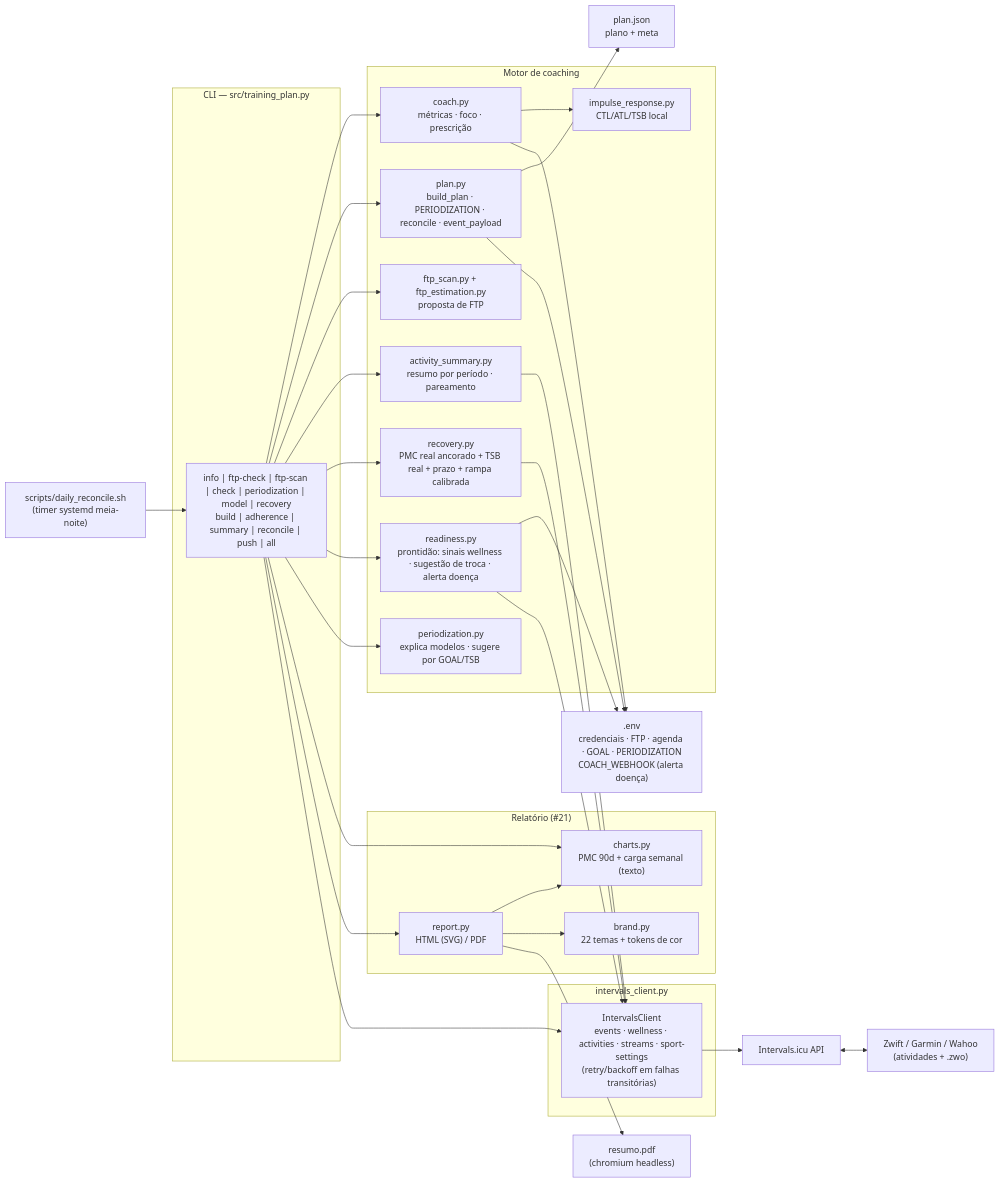
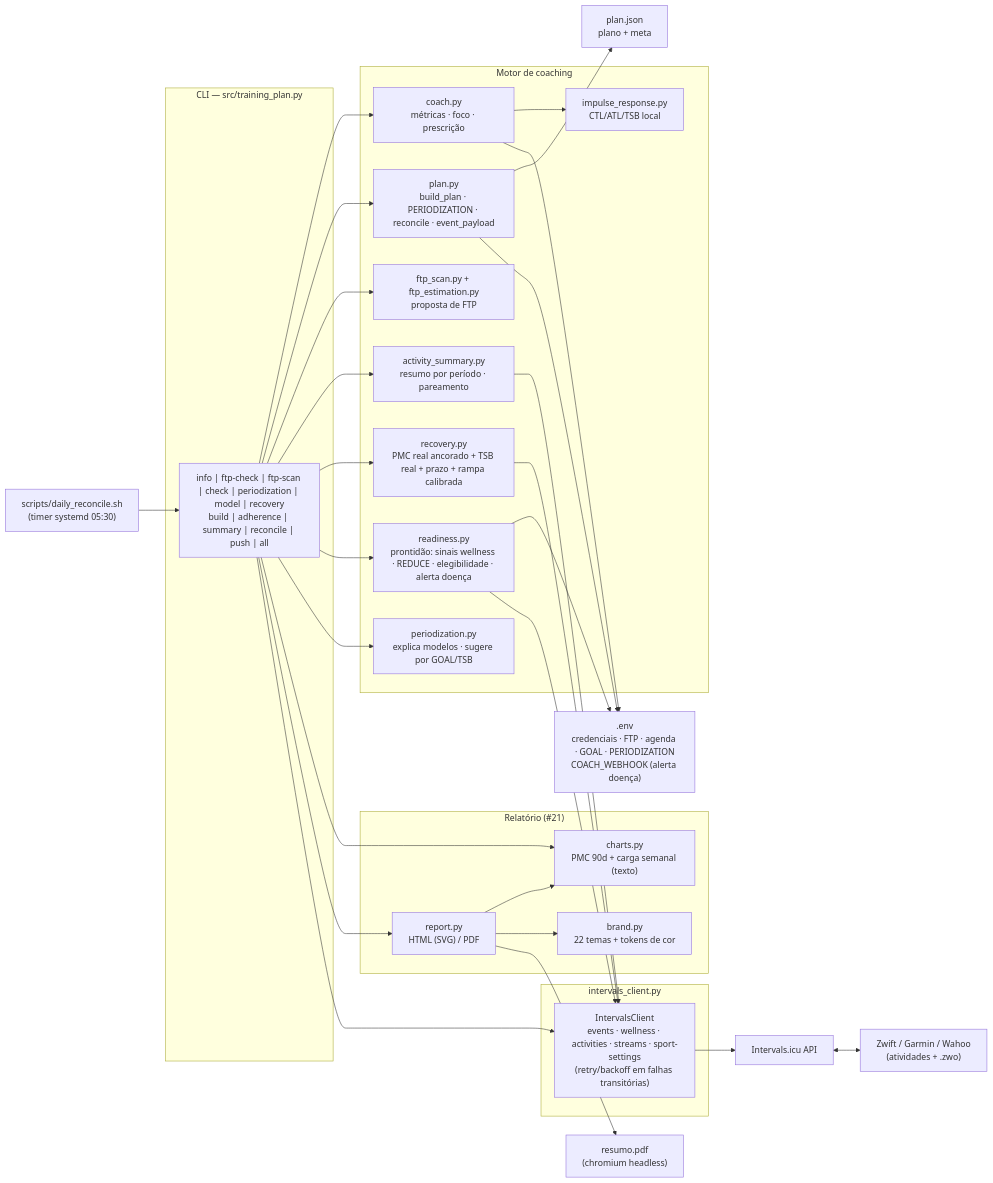
Before and after one commit to valdelin/Hermes-coach: the first of 6 diagrams in docs/DIAGRAMAS.md, drawn with Mermaid. The commit also changed other lines of this file and 14 other files, not shown here.

````diff
--- a/docs/DIAGRAMAS.md
+++ b/docs/DIAGRAMAS.md
@@ -31,60 +38,60 @@
 ```mermaid
 flowchart LR
     subgraph CLI["CLI — src/training_plan.py"]
         CMD["info | ftp-check | ftp-scan | check | periodization | model | recovery<br/>build | adherence | summary | reconcile | push | all"]
     end
 
     subgraph CORE["Motor de coaching"]
         COACH["coach.py<br/>métricas · foco · prescrição"]
         PLAN["plan.py<br/>build_plan · PERIODIZATION · reconcile · event_payload"]
         IR["impulse_response.py<br/>CTL/ATL/TSB local"]
         FTPS["ftp_scan.py + ftp_estimation.py<br/>proposta de FTP"]
         AS["activity_summary.py<br/>resumo por período · pareamento"]
         REC["recovery.py<br/>PMC real ancorado + TSB real + prazo + rampa calibrada"]
-        RD["readiness.py<br/>prontidão: sinais wellness · sugestão de troca · alerta doença"]
+        RD["readiness.py<br/>prontidão: sinais wellness · REDUCE · elegibilidade · alerta doença"]
         PER["periodization.py<br/>explica modelos · sugere por GOAL/TSB"]
     end
 
     subgraph REPORT["Relatório (#21)"]
         CH["charts.py<br/>PMC 90d + carga semanal (texto)"]
         RP["report.py<br/>HTML (SVG) / PDF"]
         BR["brand.py<br/>22 temas + tokens de cor"]
     end
 
     subgraph API["intervals_client.py"]
         CLIENT["IntervalsClient<br/>events · wellness · activities · streams · sport-settings<br/>(retry/backoff em falhas transitórias)"]
     end
 
     ENV[".env<br/>credenciais · FTP · agenda · GOAL · PERIODIZATION<br/>COACH_WEBHOOK (alerta doença)"]
     PLANFILE["plan.json<br/>plano + meta"]
-    SH["scripts/daily_reconcile.sh<br/>(timer systemd meia-noite)"]
+    SH["scripts/daily_reconcile.sh<br/>(timer systemd 05:30)"]
 
     INTERVALS["Intervals.icu API"]
     APPS["Zwift / Garmin / Wahoo<br/>(atividades + .zwo)"]
     PDF["resumo.pdf<br/>(chromium headless)"]
 
     CMD --> COACH
     CMD --> PLAN
     CMD --> FTPS
     CMD --> AS
     CMD --> REC
     CMD --> RD
     CMD --> PER
     CMD --> CH
     CMD --> RP
     COACH --> IR
     CMD --> CLIENT
     PLAN --> PLANFILE
     COACH --> ENV
     PLAN --> ENV
     RD --> ENV
     AS --> CLIENT
     REC --> CLIENT
     RD --> CLIENT
     CLIENT --> INTERVALS
     INTERVALS <--> APPS
     SH --> CMD
     RP --> CH
     RP --> BR
     RP --> PDF
 ```
````
